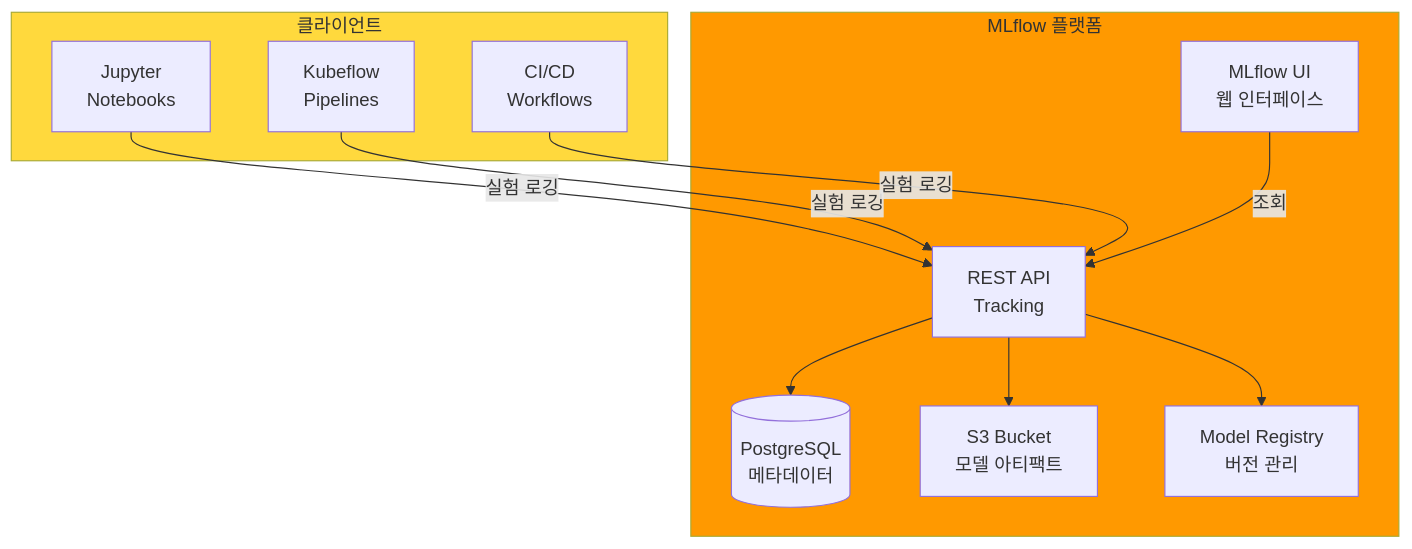
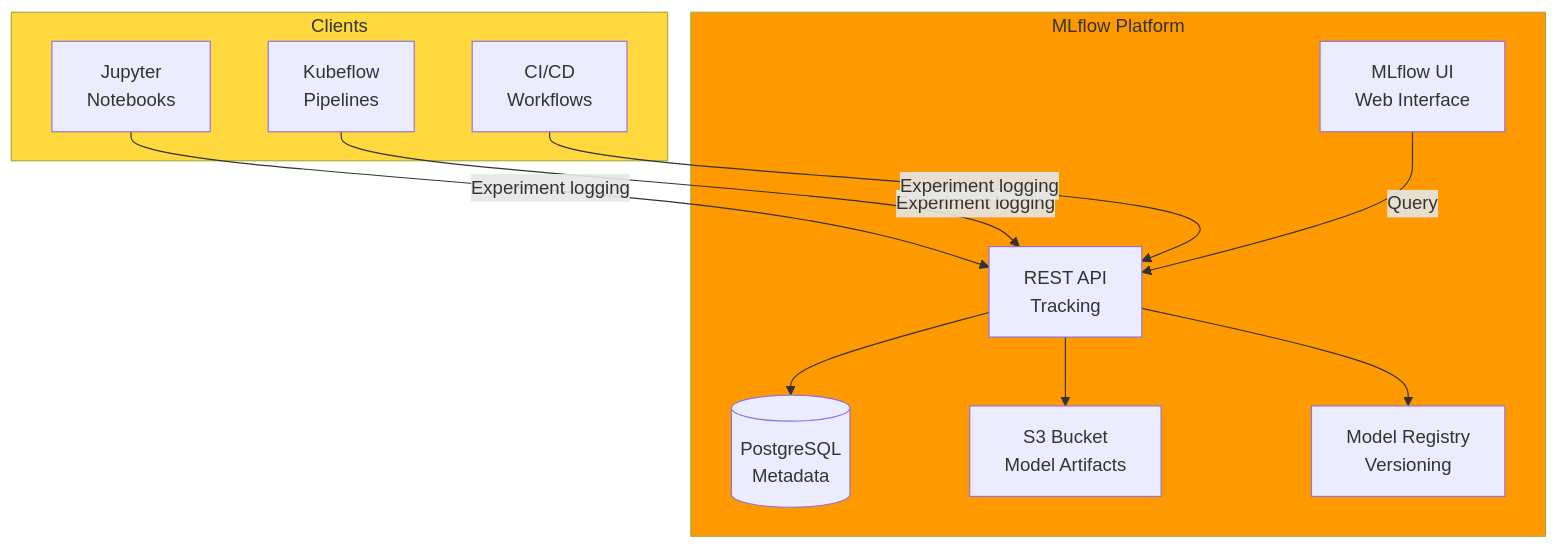
The third of 5 diagrams in docs/agentic-ai-platform/reference-architecture/model-lifecycle/mlops-pipeline-eks.md (devfloor9/engineering-playbook), drawn with Mermaid before and after one commit. The commit also changed other lines of this file and 954 other files, not shown here.

````diff
--- a/docs/agentic-ai-platform/reference-architecture/model-lifecycle/mlops-pipeline-eks.md
+++ b/docs/agentic-ai-platform/reference-architecture/model-lifecycle/mlops-pipeline-eks.md
@@ -303,25 +301,25 @@
 ```mermaid
 flowchart TB
-    subgraph Clients["클라이언트"]
+    subgraph Clients["Clients"]
         NOTEBOOK[Jupyter<br/>Notebooks]
         PIPELINE[Kubeflow<br/>Pipelines]
         CICD[CI/CD<br/>Workflows]
     end
 
-    subgraph MLflow["MLflow 플랫폼"]
-        UI[MLflow UI<br/>웹 인터페이스]
+    subgraph MLflow["MLflow Platform"]
+        UI[MLflow UI<br/>Web Interface]
         API[REST API<br/>Tracking]
-        BACKEND[(PostgreSQL<br/>메타데이터)]
-        S3[S3 Bucket<br/>모델 아티팩트]
-        REGISTRY[Model Registry<br/>버전 관리]
+        BACKEND[(PostgreSQL<br/>Metadata)]
+        S3[S3 Bucket<br/>Model Artifacts]
+        REGISTRY[Model Registry<br/>Versioning]
     end
 
-    NOTEBOOK & PIPELINE & CICD -->|실험 로깅| API
+    NOTEBOOK & PIPELINE & CICD -->|Experiment logging| API
     API --> BACKEND
     API --> S3
     API --> REGISTRY
-    UI -->|조회| API
+    UI -->|Query| API
 
     style Clients fill:#ffd93d
     style MLflow fill:#ff9900
 ```
````
